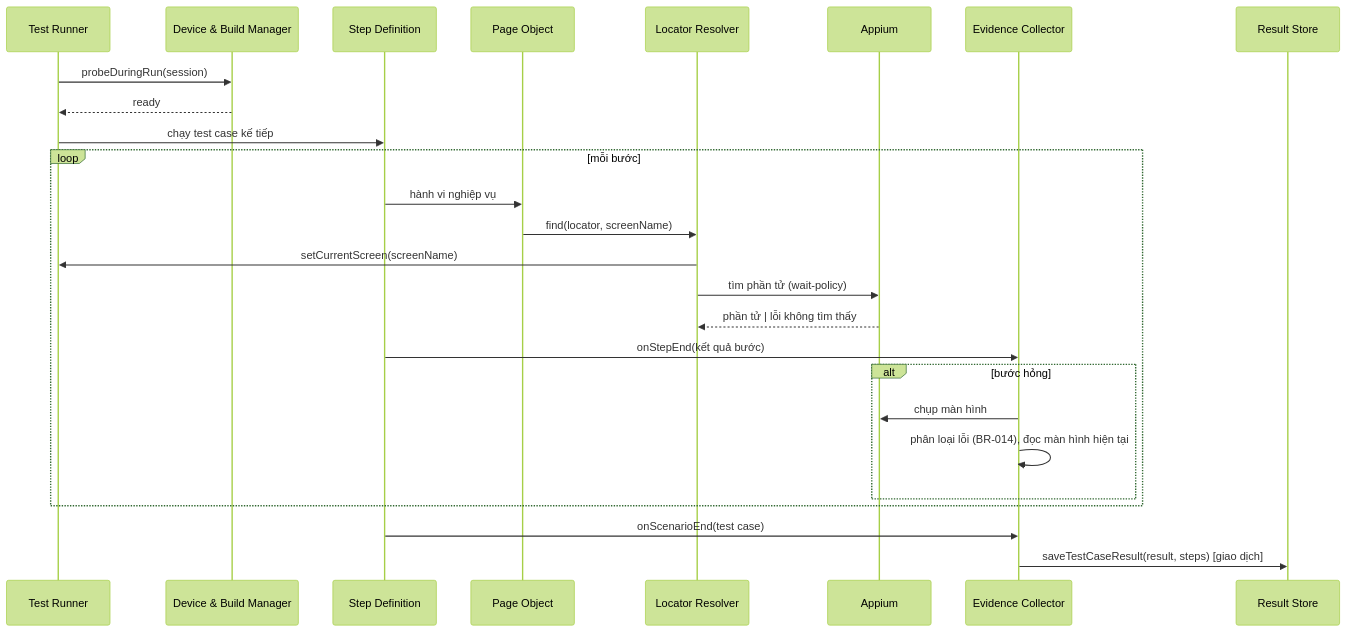
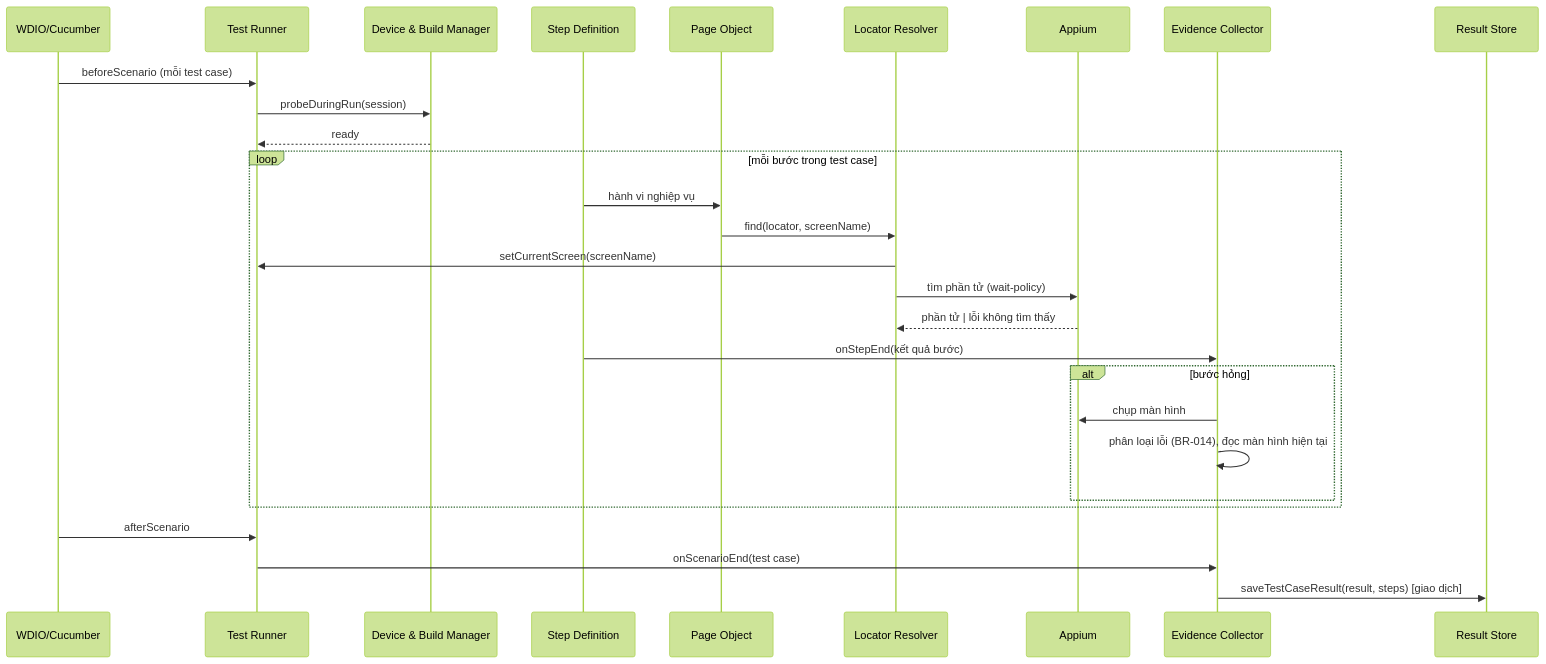
Before and after one commit to kytruongdev/aimtap: the second of 4 diagrams in docs/architecture/phase-1/sequence-diagrams.md, drawn with Mermaid (forest theme). The commit also changed other lines of this file and 7 other files, not shown here.

````diff
--- a/docs/architecture/phase-1/sequence-diagrams.md
+++ b/docs/architecture/phase-1/sequence-diagrams.md
@@ -38,29 +41,31 @@
 ```mermaid
 sequenceDiagram
+    participant WDIO as WDIO/Cucumber
     participant Runner as Test Runner
     participant Dev as Device & Build Manager
     participant Steps as Step Definition
     participant PO as Page Object
     participant Res as Locator Resolver
     participant Appium
     participant Ev as Evidence Collector
     participant Store as Result Store
 
+    WDIO->>Runner: beforeScenario (mỗi test case)
     Runner->>Dev: probeDuringRun(session)
     Dev-->>Runner: ready
-    Runner->>Steps: chạy test case kế tiếp
-    loop mỗi bước
+    loop mỗi bước trong test case
         Steps->>PO: hành vi nghiệp vụ
         PO->>Res: find(locator, screenName)
         Res->>Runner: setCurrentScreen(screenName)
         Res->>Appium: tìm phần tử (wait-policy)
         Appium-->>Res: phần tử | lỗi không tìm thấy
         Steps->>Ev: onStepEnd(kết quả bước)
         alt bước hỏng
             Ev->>Appium: chụp màn hình
             Ev->>Ev: phân loại lỗi (BR-014), đọc màn hình hiện tại
         end
     end
-    Steps->>Ev: onScenarioEnd(test case)
+    WDIO->>Runner: afterScenario
+    Runner->>Ev: onScenarioEnd(test case)
     Ev->>Store: saveTestCaseResult(result, steps) [giao dịch]
 ```
````
